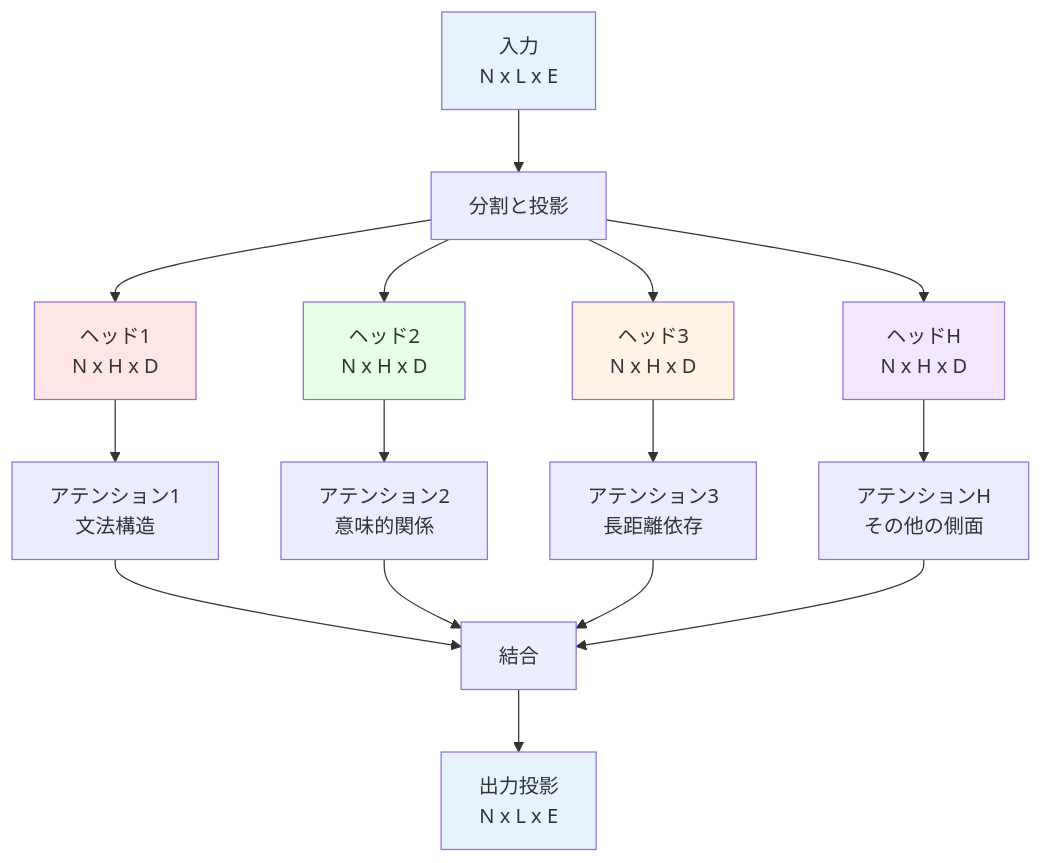
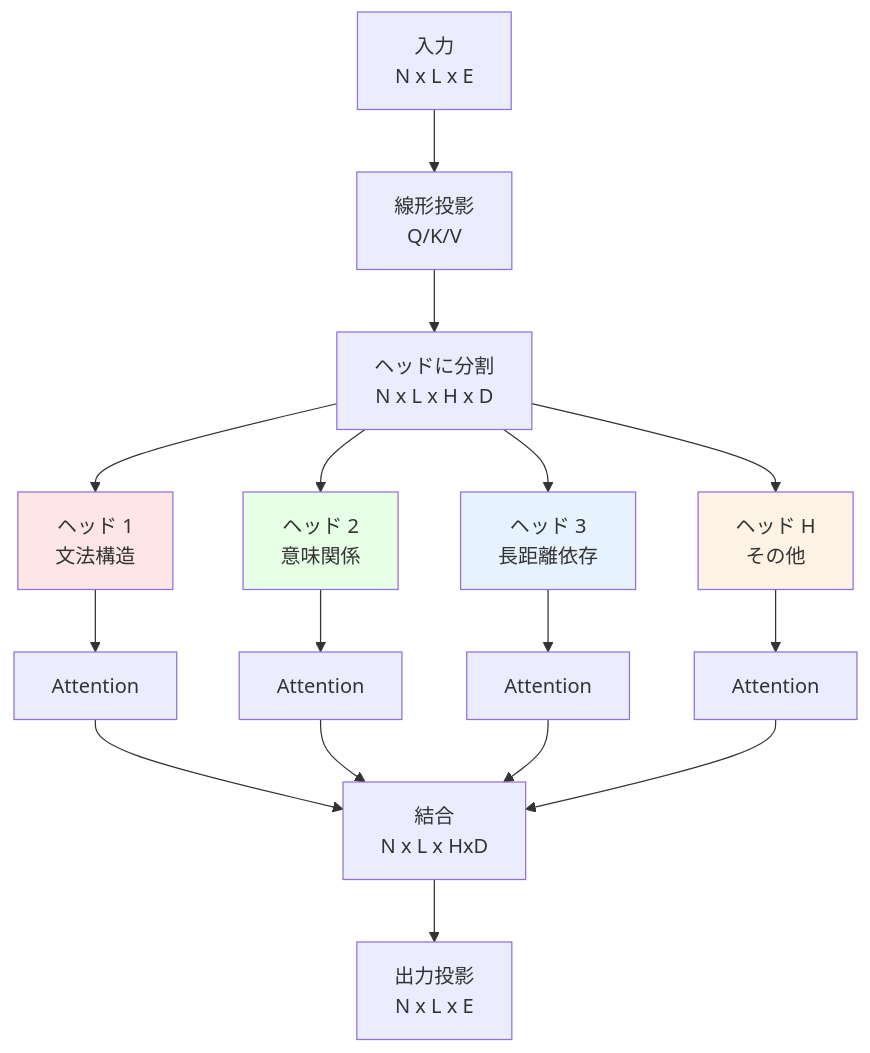
The fourth of 6 diagrams in books/tiny-llm-jp-course/week1-01-attention.md (littlemex/zenn), drawn with Mermaid before and after one commit. The commit also changed other lines of this file and 1 other file, not shown here.

````diff
--- a/books/tiny-llm-jp-course/week1-01-attention.md
+++ b/books/tiny-llm-jp-course/week1-01-attention.md
@@ -638,28 +335,28 @@
 ```mermaid
 graph TB
-    Input[入力<br/>N x L x E] --> Split[分割と投影]
+    Input[入力<br/>N x L x E] --> Linear[線形投影<br/>Q/K/V]
     
-    Split --> H1[ヘッド1<br/>N x H x D]
-    Split --> H2[ヘッド2<br/>N x H x D]
-    Split --> H3[ヘッド3<br/>N x H x D]
-    Split --> Hh[ヘッドH<br/>N x H x D]
+    Linear --> Split[ヘッドに分割<br/>N x L x H x D]
     
-    H1 --> A1[アテンション1<br/>文法構造]
-    H2 --> A2[アテンション2<br/>意味的関係]
-    H3 --> A3[アテンション3<br/>長距離依存]
-    Hh --> Ah[アテンションH<br/>その他の側面]
+    Split --> H1[ヘッド 1<br/>文法構造]
+    Split --> H2[ヘッド 2<br/>意味関係]
+    Split --> H3[ヘッド 3<br/>長距離依存]
+    Split --> Hn[ヘッド H<br/>その他]
     
-    A1 --> Concat[結合]
-    A2 --> Concat
-    A3 --> Concat
-    Ah --> Concat
+    H1 --> Attn1[Attention]
+    H2 --> Attn2[Attention]
+    H3 --> Attn3[Attention]
+    Hn --> Attnn[Attention]
     
-    Concat --> Output[出力投影<br/>N x L x E]
+    Attn1 --> Concat[結合<br/>N x L x HxD]
+    Attn2 --> Concat
+    Attn3 --> Concat
+    Attnn --> Concat
     
-    style Input fill:#e6f3ff
+    Concat --> Out[出力投影<br/>N x L x E]
+    
     style H1 fill:#ffe6e6
     style H2 fill:#e6ffe6
-    style H3 fill:#fff3e6
-    style Hh fill:#f3e6ff
-    style Output fill:#e6f3ff
+    style H3 fill:#e6f3ff
+    style Hn fill:#fff3e6
 ```
````
